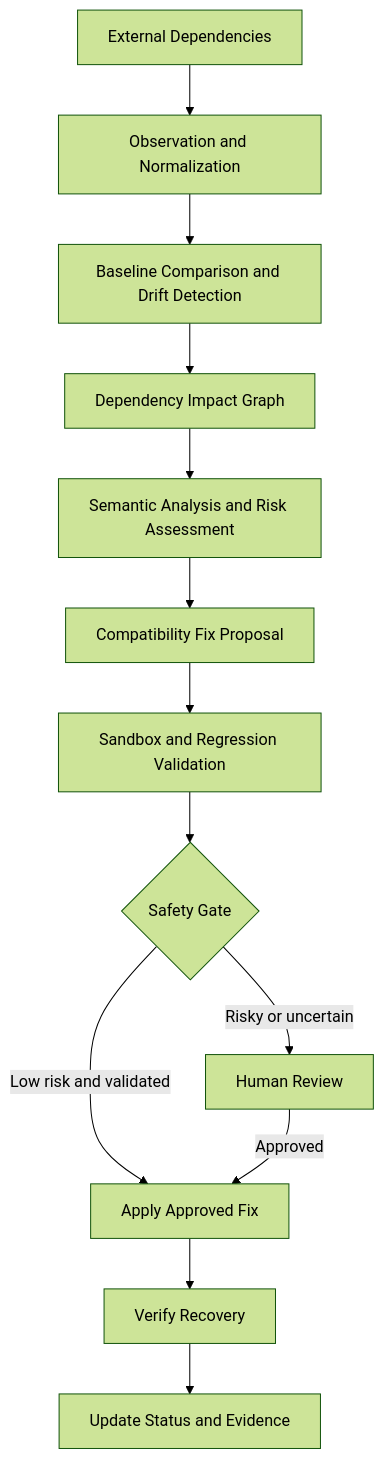
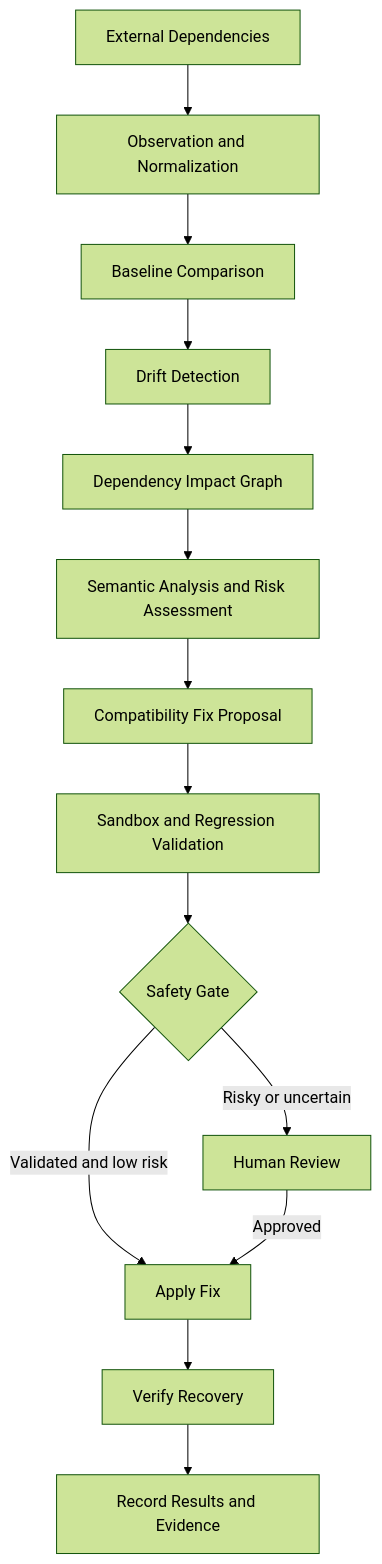
The diagram in README.md (KushalChunduru/Rebase), drawn with Mermaid (forest theme) before and after one commit. The commit also changed other lines of this file, not shown here.

````diff
--- a/README.md
+++ b/README.md
@@ -73,15 +138,16 @@
 ```mermaid
 flowchart TD
     A[External Dependencies] --> B[Observation and Normalization]
-    B --> C[Baseline Comparison and Drift Detection]
-    C --> D[Dependency Impact Graph]
-    D --> E[Semantic Analysis and Risk Assessment]
-    E --> F[Compatibility Fix Proposal]
-    F --> G[Sandbox and Regression Validation]
-    G --> H{Safety Gate}
-    H -->|Low risk and validated| I[Apply Approved Fix]
-    H -->|Risky or uncertain| J[Human Review]
-    J -->|Approved| I
-    I --> K[Verify Recovery]
-    K --> L[Update Status and Evidence]
+    B --> C[Baseline Comparison]
+    C --> D[Drift Detection]
+    D --> E[Dependency Impact Graph]
+    E --> F[Semantic Analysis and Risk Assessment]
+    F --> G[Compatibility Fix Proposal]
+    G --> H[Sandbox and Regression Validation]
+    H --> I{Safety Gate}
+    I -->|Validated and low risk| J[Apply Fix]
+    I -->|Risky or uncertain| K[Human Review]
+    K -->|Approved| J
+    J --> L[Verify Recovery]
+    L --> M[Record Results and Evidence]
 ```
````
